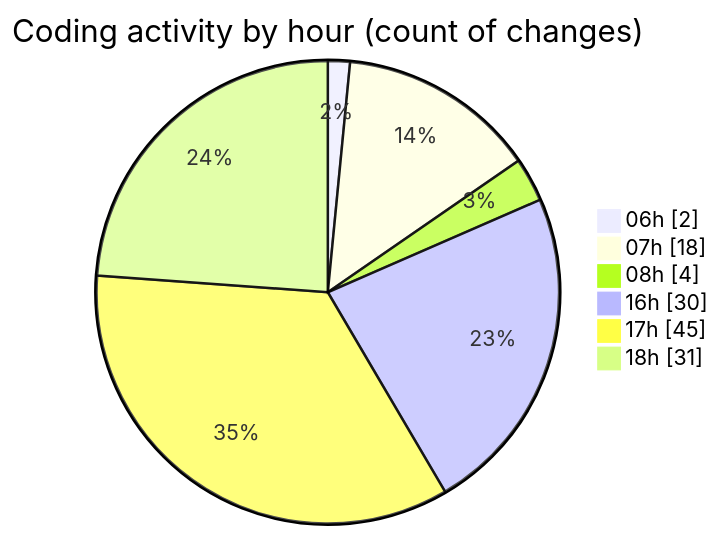
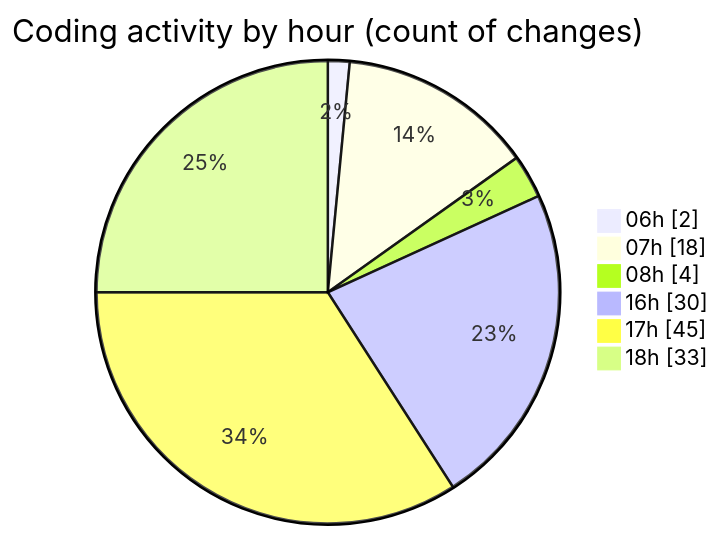
The second of 2 diagrams in 2025-01-27/termonied-web/README.md (robertbonfada/code-tracking), drawn with Mermaid before and after one commit. The commit also changed other lines of this file and 1 other file, not shown here.

````diff
--- a/2025-01-27/termonied-web/README.md
+++ b/2025-01-27/termonied-web/README.md
@@ -44,10 +44,10 @@
 ```mermaid
 pie showData
 title Coding activity by hour (count of changes)
 "06h" : 2
 "07h" : 18
 "08h" : 4
 "16h" : 30
 "17h" : 45
-"18h" : 31
+"18h" : 33
 ```
````
